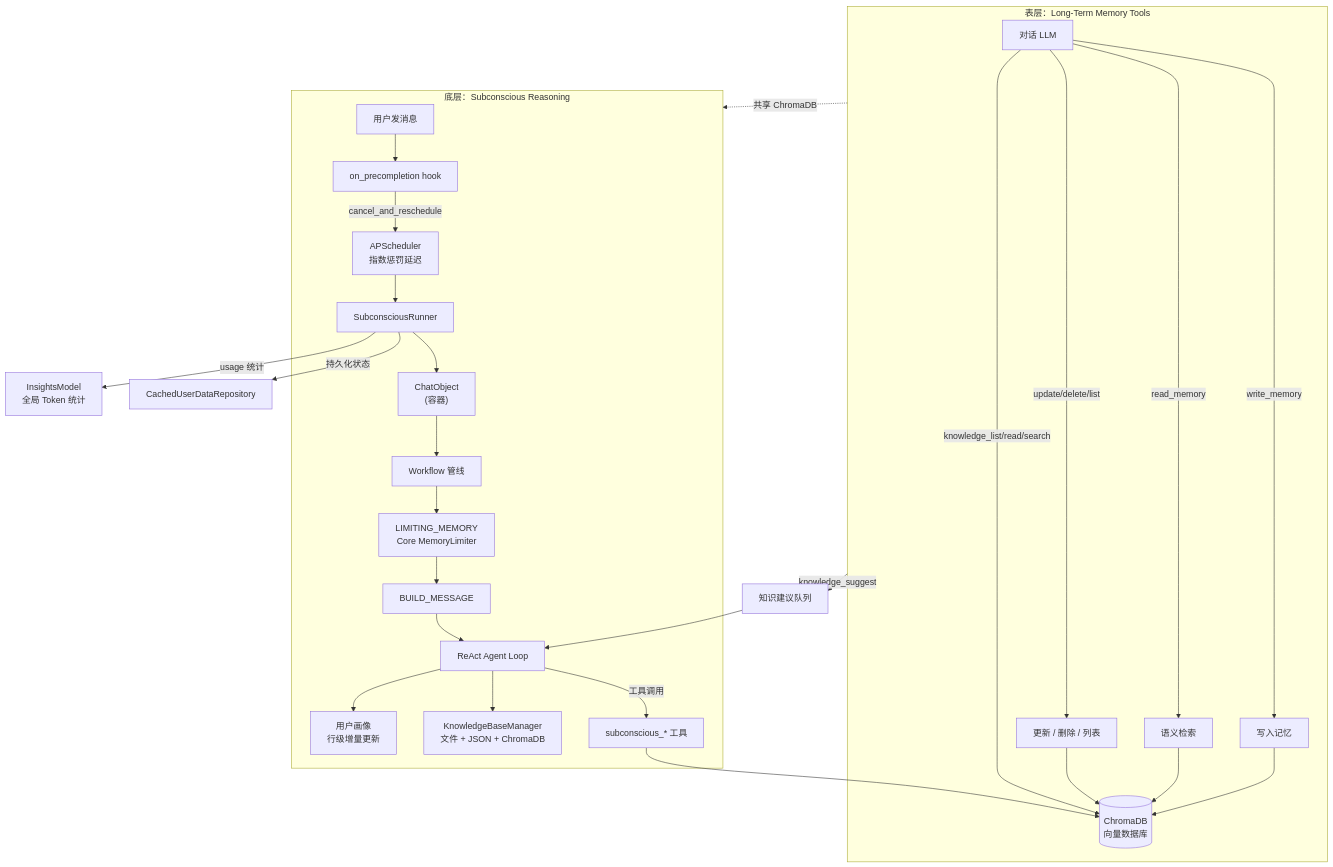
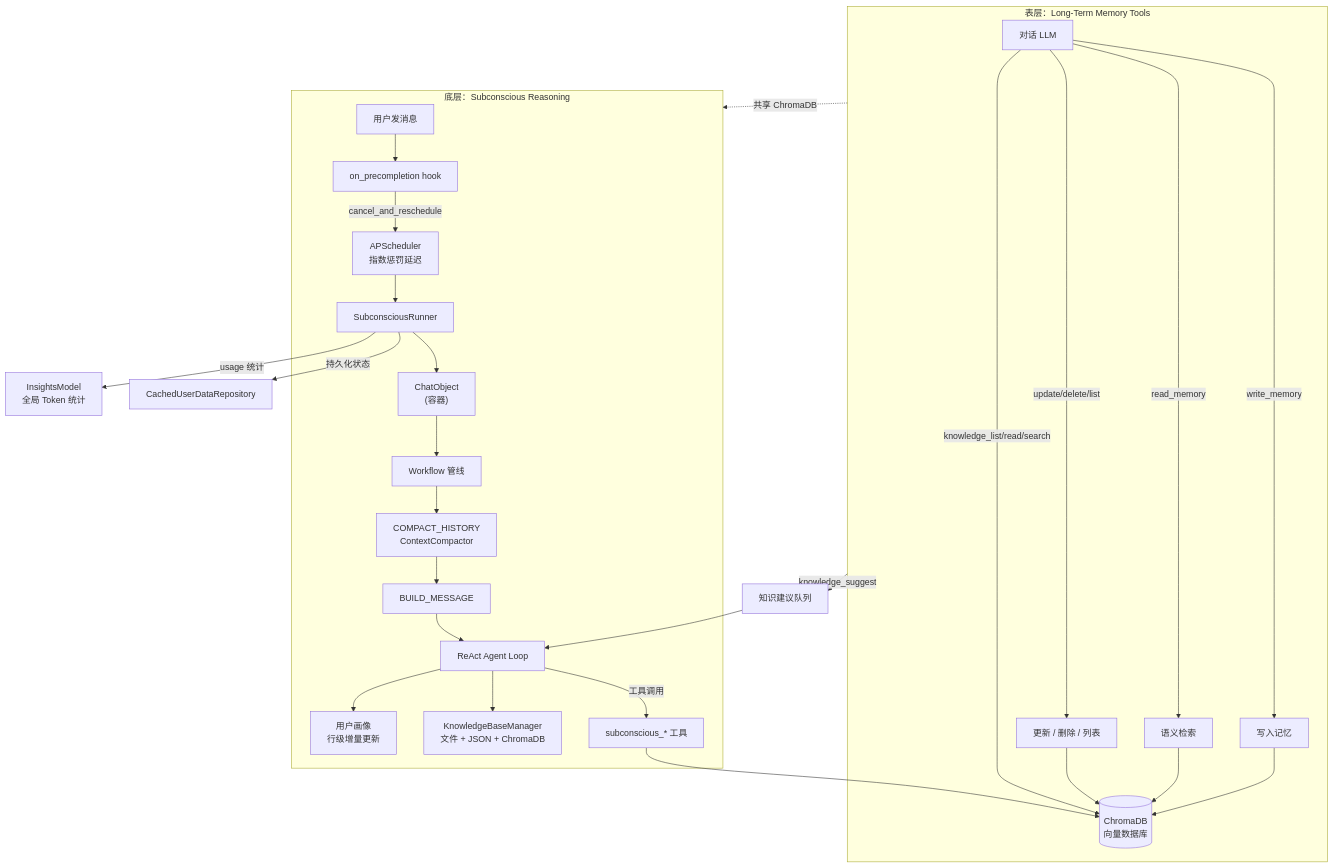
One commit to AmritaBot/amrita-docs changed the first of 3 diagrams in docs/amrita/features/chat/memory.md. Above: the diagram before and after it, drawn with Mermaid. The commit also changed other lines of this file and 4 other files, not shown here.

````diff
--- a/docs/amrita/features/chat/memory.md
+++ b/docs/amrita/features/chat/memory.md
@@ -92,33 +92,33 @@
 ```mermaid
 flowchart TB
     subgraph Surface["表层：Long-Term Memory Tools"]
         S_LLM["对话 LLM"] -->|"write_memory"| S_Write["写入记忆"]
         S_LLM -->|"read_memory"| S_Read["语义检索"]
         S_LLM -->|"update/delete/list"| S_Mut["更新 / 删除 / 列表"]
         S_Write --> ChromaDB[("ChromaDB<br/>向量数据库")]
         S_Read --> ChromaDB
         S_Mut --> ChromaDB
         S_LLM -->|"knowledge_list/read/search"| ChromaDB
     end
 
     subgraph Subconscious["底层：Subconscious Reasoning"]
         UserChat["用户发消息"] --> Hook["on_precompletion hook"]
         Hook -->|"cancel_and_reschedule"| Scheduler["APScheduler<br/>指数惩罚延迟"]
         Scheduler --> Runner["SubconsciousRunner"]
         Runner --> ChatObject["ChatObject<br/>(容器)"]
         ChatObject --> WF["Workflow 管线"]
-        WF --> LM["LIMITING_MEMORY<br/>Core MemoryLimiter"]
+        WF --> LM["COMPACT_HISTORY<br/>ContextCompactor"]
         LM --> Build["BUILD_MESSAGE"]
         Build --> AgentLoop["ReAct Agent Loop"]
         AgentLoop -->|"工具调用"| STools["subconscious_* 工具"]
         STools --> ChromaDB
         AgentLoop --> KB["KnowledgeBaseManager<br/>文件 + JSON + ChromaDB"]
         AgentLoop --> Profile["用户画像<br/>行级增量更新"]
     end
 
     Surface -->|"knowledge_suggest"| SuggQueue["知识建议队列"]
     SuggQueue --> AgentLoop
     Surface -.->|"共享 ChromaDB"| Subconscious
     Runner -->|"持久化状态"| CachedRepo["CachedUserDataRepository"]
     Runner -->|"usage 统计"| Insights["InsightsModel<br/>全局 Token 统计"]
 ```
````
